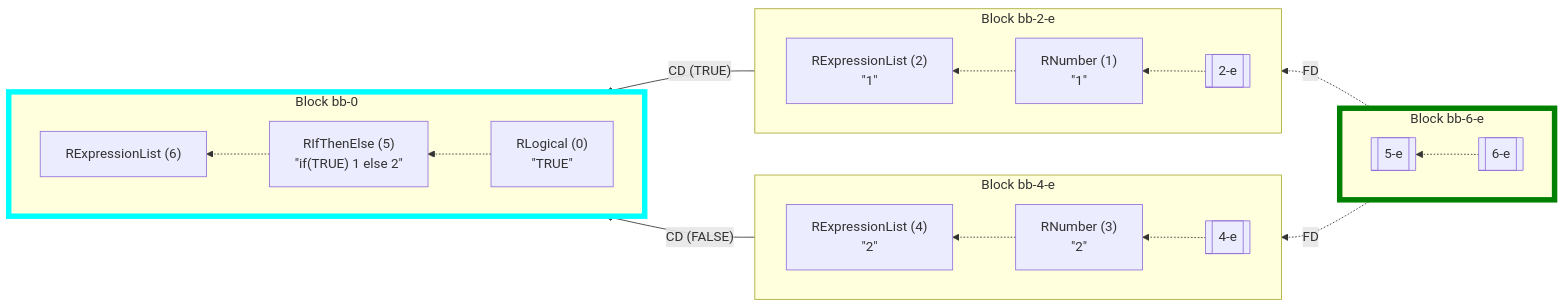
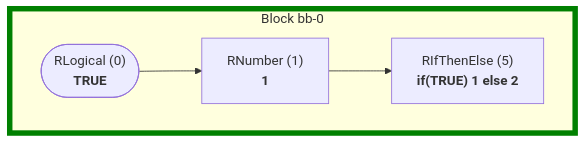
One commit to flowr-analysis/flowr changed the first of 3 diagrams in wiki/[Query] Control-Flow.md. Above: the diagram before and after it, drawn with Mermaid. The commit also changed other lines of this file and 141 other files, not shown here.

````diff
--- a/wiki/[Query] Control-Flow.md
+++ b/wiki/[Query] Control-Flow.md
@@ -577,44 +248,15 @@
 ```mermaid
-flowchart RL
+flowchart LR
     subgraph nbb-0 [Block bb-0]
-        direction RL
-    n0["`RLogical (0)
-#34;TRUE#34;`"]
+        direction LR
+    n0(["`RLogical (0)
+**TRUE**`"])
+    n1["`RNumber (1)
+**1**`"]
+    n0 --> n1
     n5["`RIfThenElse (5)
-#34;if(TRUE) 1 else 2#34;`"]
-    n0 -.-> n5
-    n6["`RExpressionList (6)`"]
-    n5 -.-> n6
+**if(TRUE) 1 else 2**`"]
+    n1 --> n5
     end
-    subgraph nbb-2-e [Block bb-2-e]
-        direction RL
-    n2-e[[2-e]]
-    n1["`RNumber (1)
-#34;1#34;`"]
-    n2-e -.-> n1
-    n2["`RExpressionList (2)
-#34;1#34;`"]
-    n1 -.-> n2
-    end
-    subgraph nbb-4-e [Block bb-4-e]
-        direction RL
-    n4-e[[4-e]]
-    n3["`RNumber (3)
-#34;2#34;`"]
-    n4-e -.-> n3
-    n4["`RExpressionList (4)
-#34;2#34;`"]
-    n3 -.-> n4
-    end
-    subgraph nbb-6-e [Block bb-6-e]
-        direction RL
-    n6-e[[6-e]]
-    n5-e[[5-e]]
-    n6-e -.-> n5-e
-    end
-    nbb-6-e -.->|"FD"| nbb-2-e
-    nbb-6-e -.->|"FD"| nbb-4-e
-    nbb-2-e -->|"CD (TRUE)"| nbb-0
-    nbb-4-e -->|"CD (FALSE)"| nbb-0
-    style nbb-0 stroke:cyan,stroke-width:6.5px;    style nbb-6-e stroke:green,stroke-width:6.5px;
+    style nbb-0 stroke:cyan,stroke-width:6.5px;    style nbb-0 stroke:green,stroke-width:6.5px;
 ```
````
